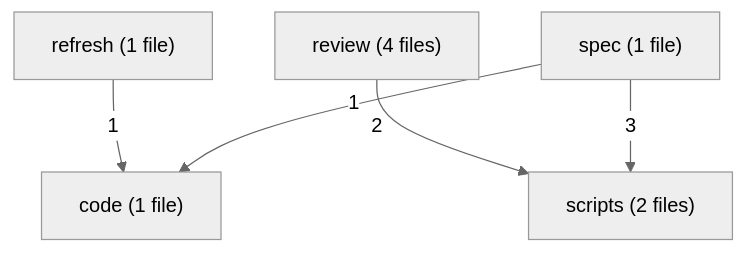
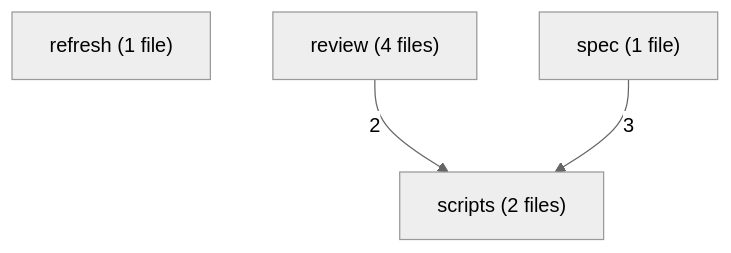
One commit to alecegg/varde changed the first of 5 diagrams in skills/varde-docs/FLOW.md. Above: the diagram before and after it, drawn with Mermaid (neutral theme). The commit also changed other lines of this file and 269 other files, not shown here.

````diff
--- a/skills/varde-docs/FLOW.md
+++ b/skills/varde-docs/FLOW.md
@@ -26,12 +24,9 @@
 ```mermaid
 flowchart TD
-  m0["code (1 file)"]
-  m1["refresh (1 file)"]
-  m2["review (4 files)"]
-  m3["scripts (2 files)"]
-  m4["spec (1 file)"]
-  m1 -->|"1"| m0
-  m2 -->|"2"| m3
-  m4 -->|"1"| m0
-  m4 -->|"3"| m3
+  m0["refresh (1 file)"]
+  m1["review (4 files)"]
+  m2["scripts (2 files)"]
+  m3["spec (1 file)"]
+  m1 -->|"2"| m2
+  m3 -->|"3"| m2
 ```
````
